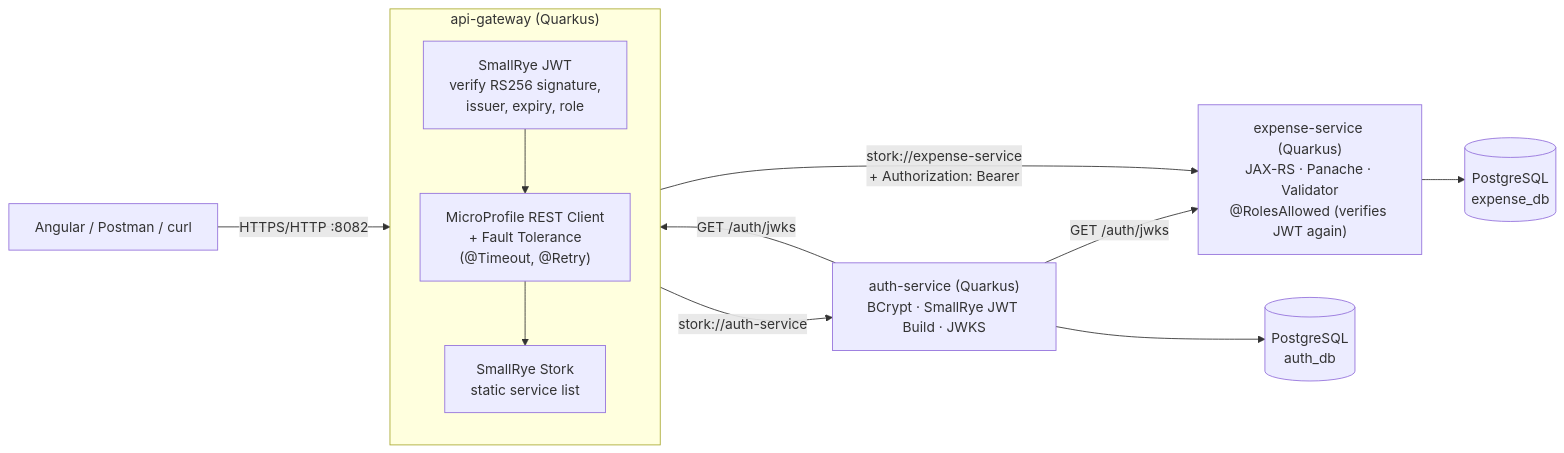
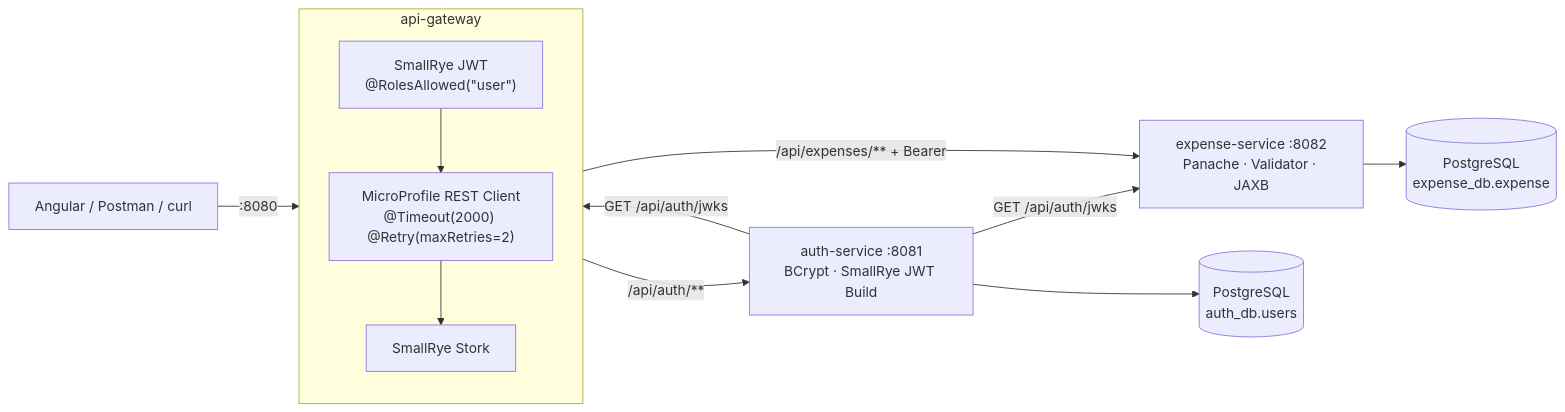
The first of 2 diagrams in expense-tracker-quarkus/README.md (aravind19062/expense-tracker), drawn with Mermaid before and after one commit. The commit also changed other lines of this file and 61 other files, not shown here.

First line of the commit message:
Align the Quarkus services with the API spec

````diff
--- a/expense-tracker-quarkus/README.md
+++ b/expense-tracker-quarkus/README.md
@@ -62,21 +20,14 @@
 ```mermaid
 flowchart LR
-    NG["Angular / Postman / curl"] -->|HTTPS/HTTP :8082| GW
-
-    subgraph GW["api-gateway (Quarkus)"]
+    UI["Angular / Postman / curl"] -->|":8080"| GW
+    subgraph GW["api-gateway"]
         direction TB
-        JWT["SmallRye JWT<br/>verify RS256 signature,<br/>issuer, expiry, role"]
-        RC["MicroProfile REST Client<br/>+ Fault Tolerance<br/>(@Timeout, @Retry)"]
-        ST["SmallRye Stork<br/>static service list"]
-        JWT --> RC --> ST
+        JWT["SmallRye JWT<br/>@RolesAllowed(&quot;user&quot;)"] --> RC["MicroProfile REST Client<br/>@Timeout(2000) @Retry(maxRetries=2)"] --> ST["SmallRye Stork"]
     end
-
-    ST -->|"stork://auth-service"| AUTH["auth-service (Quarkus)<br/>BCrypt · SmallRye JWT Build · JWKS"]
-    ST -->|"stork://expense-service<br/>+ Authorization: Bearer"| EXP["expense-service (Quarkus)<br/>JAX-RS · Panache · Validator<br/>@RolesAllowed (verifies JWT again)"]
-
-    AUTH -->|"GET /auth/jwks"| JWT
-    AUTH -->|"GET /auth/jwks"| EXP
-
-    AUTH --> PG1[("PostgreSQL<br/>auth_db")]
-    EXP --> PG2[("PostgreSQL<br/>expense_db")]
+    ST -->|"/api/auth/**"| AU["auth-service :8081<br/>BCrypt · SmallRye JWT Build"]
+    ST -->|"/api/expenses/** + Bearer"| EX["expense-service :8082<br/>Panache · Validator · JAXB"]
+    AU -->|"GET /api/auth/jwks"| JWT
+    AU -->|"GET /api/auth/jwks"| EX
+    AU --> PG1[("PostgreSQL<br/>auth_db.users")]
+    EX --> PG2[("PostgreSQL<br/>expense_db.expense")]
 ```
````
